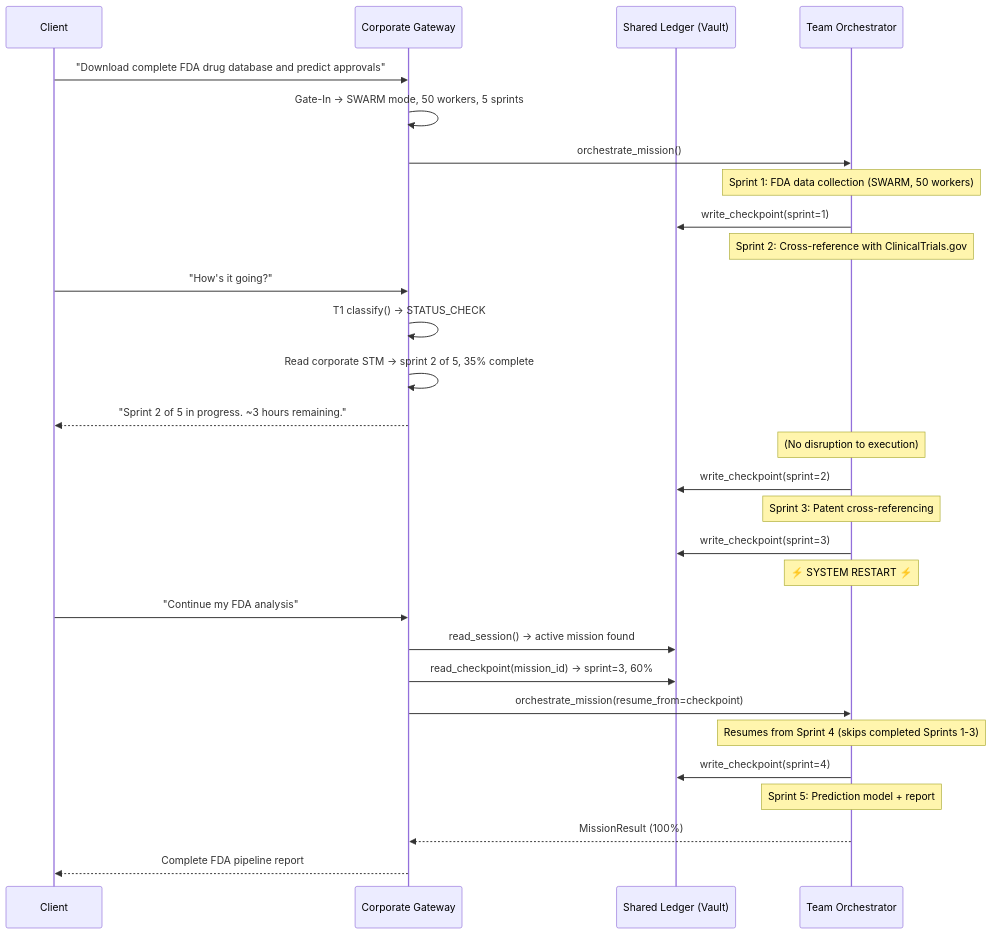
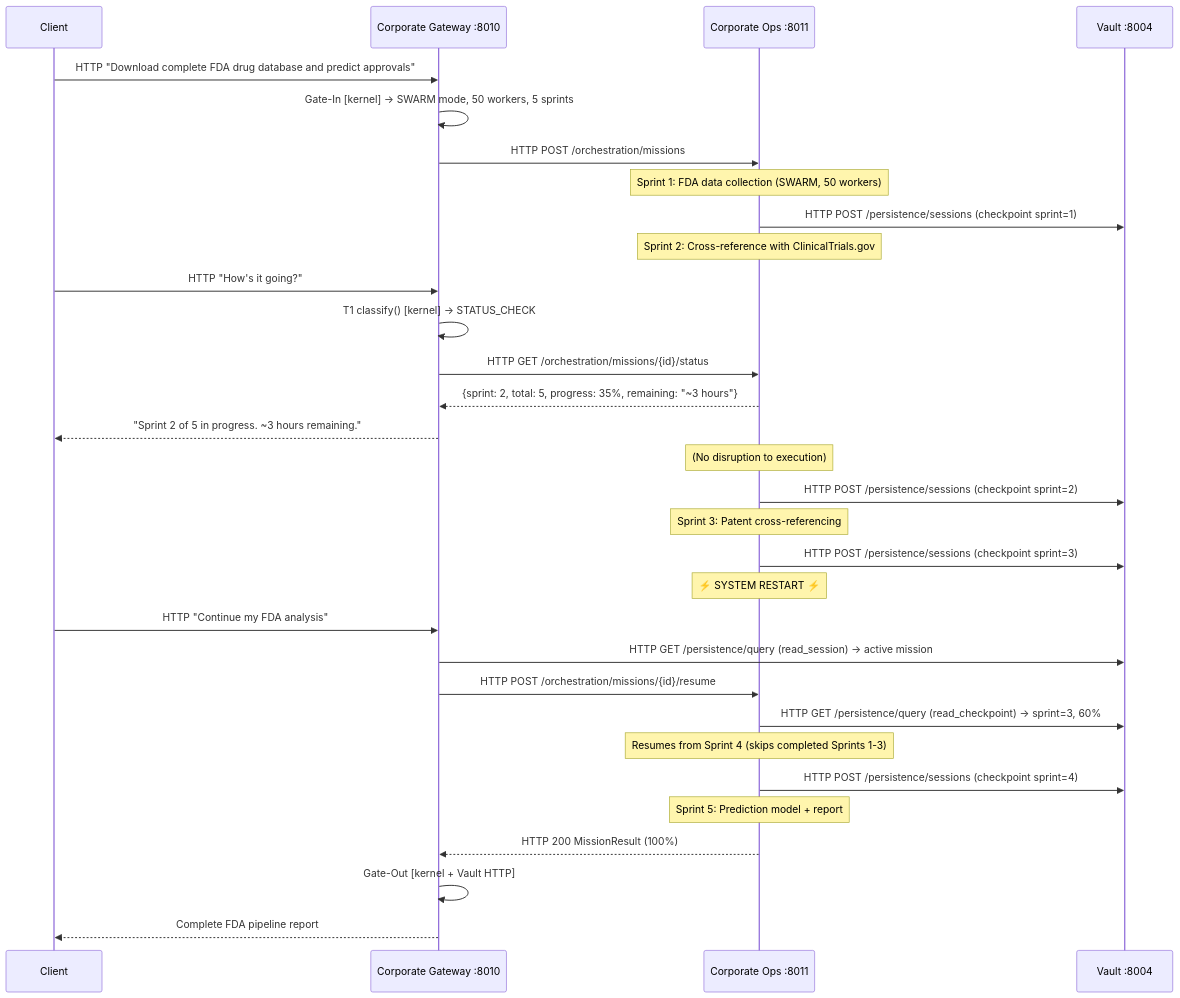
Before and after one commit to azzindani/Kea: the third of 3 diagrams in redesign/tier_9_architecture.md, drawn with Mermaid. The commit also changed other lines of this file and 3 other files, not shown here.

Commit message:
feat: Document the new Tier 8 microservices architecture, outline Tier 9, and add Qwen3 embedding and reranker components.

````diff
--- a/redesign/tier_9_architecture.md
+++ b/redesign/tier_9_architecture.md
@@ -603,38 +614,40 @@
 ```mermaid
 sequenceDiagram
     participant Client
-    participant GW as Corporate Gateway
-    participant SL as Shared Ledger (Vault)
-    participant TO as Team Orchestrator
-
-    Client->>GW: "Download complete FDA drug database and predict approvals"
-    GW->>GW: Gate-In → SWARM mode, 50 workers, 5 sprints
-    GW->>TO: orchestrate_mission()
-
-    Note over TO: Sprint 1: FDA data collection (SWARM, 50 workers)
-    TO->>SL: write_checkpoint(sprint=1)
-
-    Note over TO: Sprint 2: Cross-reference with ClinicalTrials.gov
-    Client->>GW: "How's it going?"
-    GW->>GW: T1 classify() → STATUS_CHECK
-    GW->>GW: Read corporate STM → sprint 2 of 5, 35% complete
-    GW-->>Client: "Sprint 2 of 5 in progress. ~3 hours remaining."
-    Note over TO: (No disruption to execution)
-
-    TO->>SL: write_checkpoint(sprint=2)
-    Note over TO: Sprint 3: Patent cross-referencing
-    TO->>SL: write_checkpoint(sprint=3)
-
-    Note over TO: ⚡ SYSTEM RESTART ⚡
-    Client->>GW: "Continue my FDA analysis"
-    GW->>SL: read_session() → active mission found
-    GW->>SL: read_checkpoint(mission_id) → sprint=3, 60%
-    GW->>TO: orchestrate_mission(resume_from=checkpoint)
-    Note over TO: Resumes from Sprint 4 (skips completed Sprints 1-3)
-
-    TO->>SL: write_checkpoint(sprint=4)
-    Note over TO: Sprint 5: Prediction model + report
-    TO-->>GW: MissionResult (100%)
-
-    GW-->>Client: Complete FDA pipeline report
+    participant CG as Corporate Gateway :8010
+    participant CO as Corporate Ops :8011
+    participant Vault as Vault :8004
+ 
+    Client->>CG: HTTP "Download complete FDA drug database and predict approvals"
+    CG->>CG: Gate-In [kernel] → SWARM mode, 50 workers, 5 sprints
+    CG->>CO: HTTP POST /orchestration/missions
+ 
+    Note over CO: Sprint 1: FDA data collection (SWARM, 50 workers)
+    CO->>Vault: HTTP POST /persistence/sessions (checkpoint sprint=1)
+ 
+    Note over CO: Sprint 2: Cross-reference with ClinicalTrials.gov
+    Client->>CG: HTTP "How's it going?"
+    CG->>CG: T1 classify() [kernel] → STATUS_CHECK
+    CG->>CO: HTTP GET /orchestration/missions/{id}/status
+    CO-->>CG: {sprint: 2, total: 5, progress: 35%, remaining: "~3 hours"}
+    CG-->>Client: "Sprint 2 of 5 in progress. ~3 hours remaining."
+    Note over CO: (No disruption to execution)
+ 
+    CO->>Vault: HTTP POST /persistence/sessions (checkpoint sprint=2)
+    Note over CO: Sprint 3: Patent cross-referencing
+    CO->>Vault: HTTP POST /persistence/sessions (checkpoint sprint=3)
+ 
+    Note over CO: ⚡ SYSTEM RESTART ⚡
+    Client->>CG: HTTP "Continue my FDA analysis"
+    CG->>Vault: HTTP GET /persistence/query (read_session) → active mission
+    CG->>CO: HTTP POST /orchestration/missions/{id}/resume
+    CO->>Vault: HTTP GET /persistence/query (read_checkpoint) → sprint=3, 60%
+    Note over CO: Resumes from Sprint 4 (skips completed Sprints 1-3)
+ 
+    CO->>Vault: HTTP POST /persistence/sessions (checkpoint sprint=4)
+    Note over CO: Sprint 5: Prediction model + report
+    CO-->>CG: HTTP 200 MissionResult (100%)
+ 
+    CG->>CG: Gate-Out [kernel + Vault HTTP]
+    CG-->>Client: Complete FDA pipeline report
 ```
````
